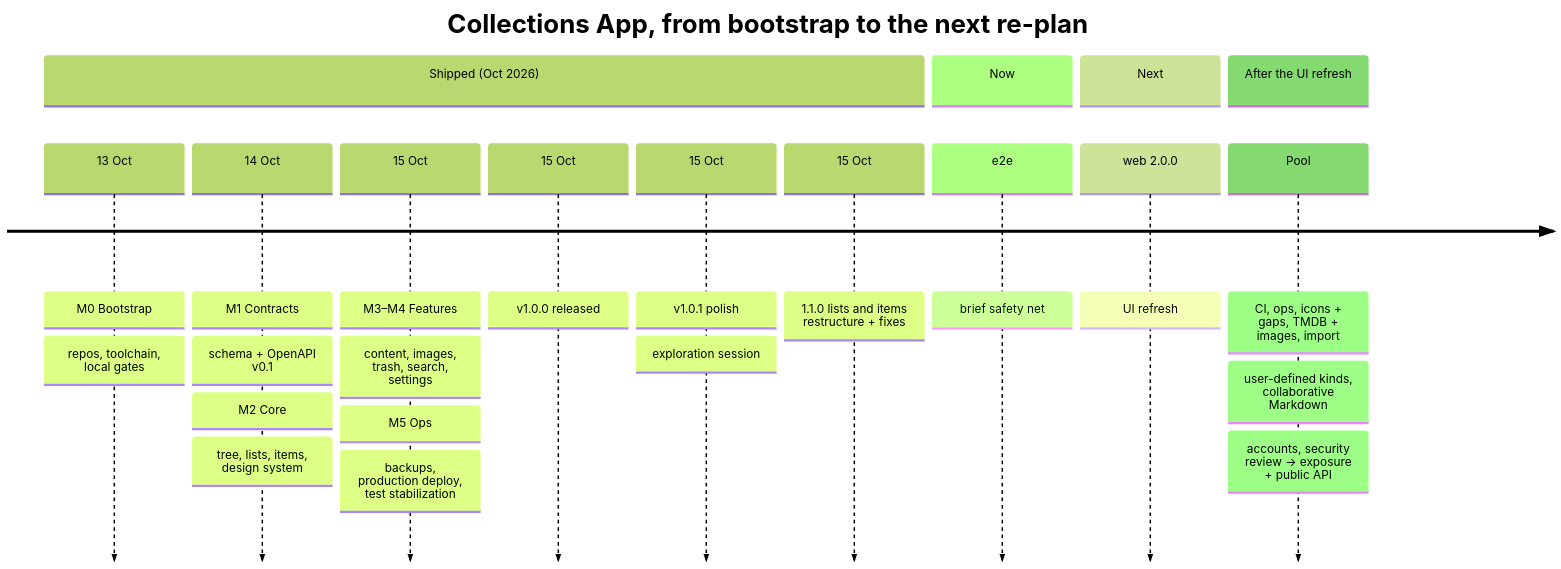
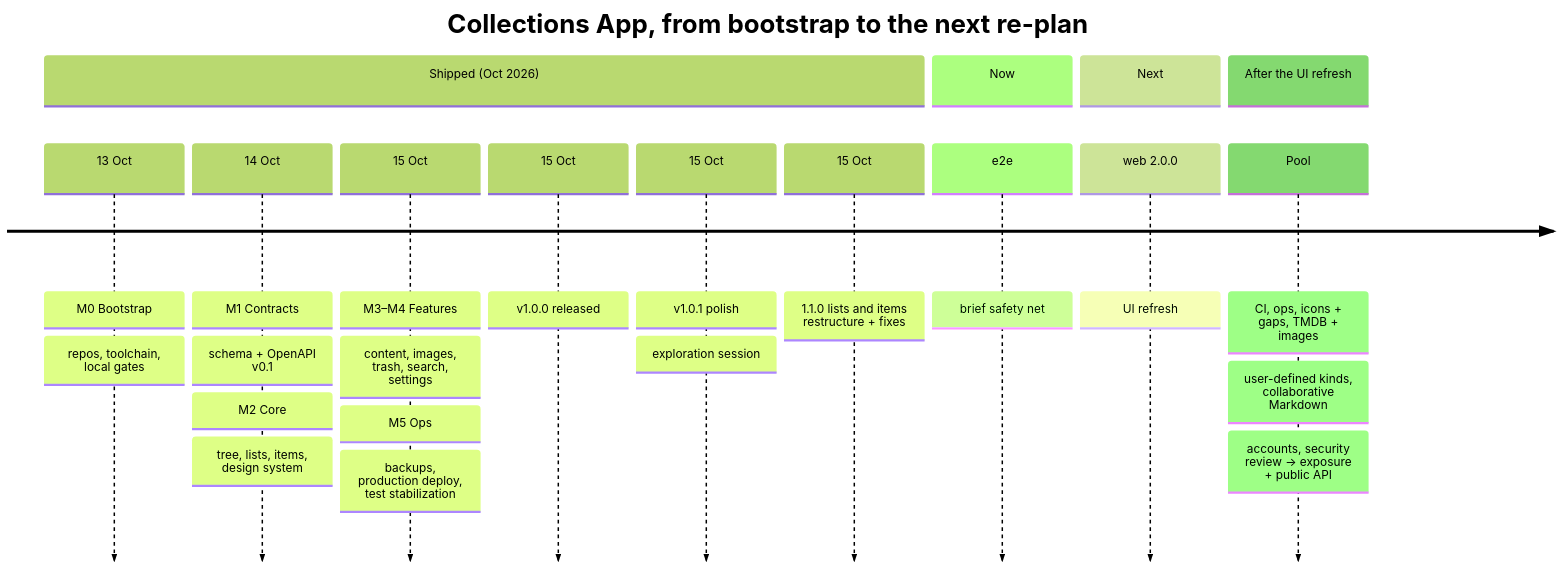
Before and after one commit to 0xfederama/collections-app: the first of 2 diagrams in ROADMAP.md, drawn with Mermaid (forest theme). The commit also changed other lines of this file, not shown here.

Commit message:
docs(roadmap): pool order set by the user, list import to Future, F-002 inputs (no edit mode)

````diff
--- a/ROADMAP.md
+++ b/ROADMAP.md
@@ -43,22 +43,22 @@
 ```mermaid
 timeline
     title Collections App, from bootstrap to the next re-plan
     section Shipped (Oct 2026)
         13 Oct : M0 Bootstrap : repos, toolchain, local gates
         14 Oct : M1 Contracts : schema + OpenAPI v0.1
                : M2 Core : tree, lists, items, design system
         15 Oct : M3–M4 Features : content, images, trash, search, settings
                : M5 Ops : backups, production deploy, test stabilization
         15 Oct : v1.0.0 released
         15 Oct : v1.0.1 polish
                : exploration session
         15 Oct : 1.1.0 lists and items restructure + fixes
     section Now
         e2e : brief safety net
     section Next
         web 2.0.0 : UI refresh
     section After the UI refresh
-        Pool : CI, ops, icons + gaps, TMDB + images, import
+        Pool : CI, ops, icons + gaps, TMDB + images
              : user-defined kinds, collaborative Markdown
              : accounts, security review → exposure + public API
 ```
````
